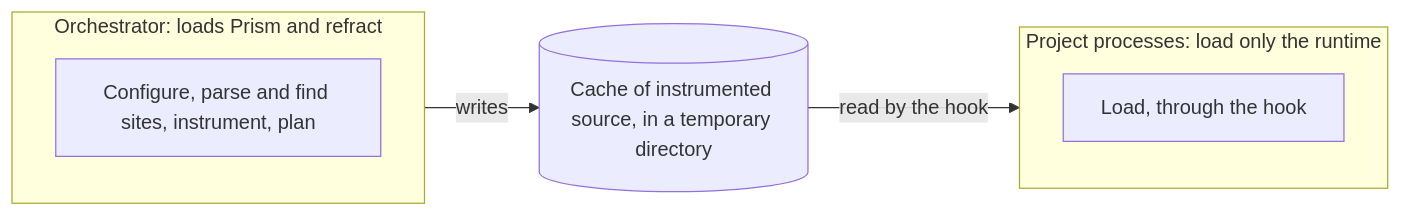
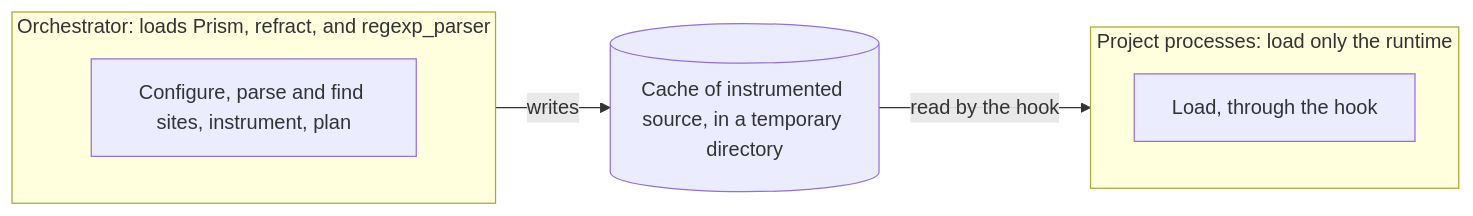
Before and after one commit to setdef/stryker_for_ruby: the second of 3 diagrams in docs/contributors/design/architecture.md, drawn with Mermaid. The commit also changed other lines of this file and 49 other files, not shown here.

````diff
--- a/docs/contributors/design/architecture.md
+++ b/docs/contributors/design/architecture.md
@@ -41,14 +41,14 @@
 ```mermaid
 flowchart LR
-  subgraph O["Orchestrator: loads Prism and refract"]
+  subgraph O["Orchestrator: loads Prism, refract, and regexp_parser"]
     direction TB
     S1["Configure, parse and find sites, instrument, plan"]
   end
   CA[("Cache of instrumented source, in a temporary directory")]
   subgraph PP["Project processes: load only the runtime"]
     direction TB
     S5["Load, through the hook"]
   end
   S1 -- writes --> CA
   CA -- read by the hook --> S5
 ```
````
